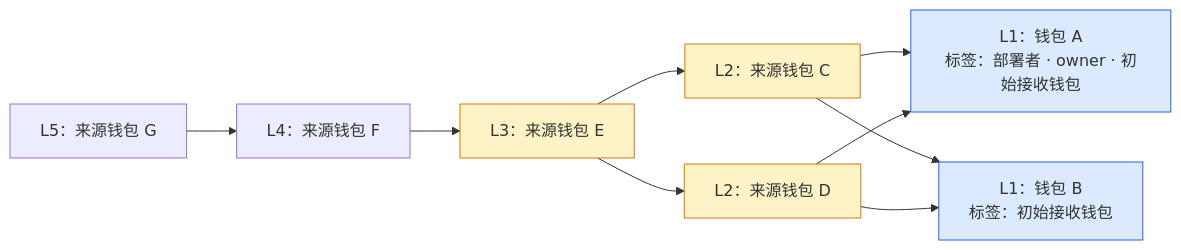
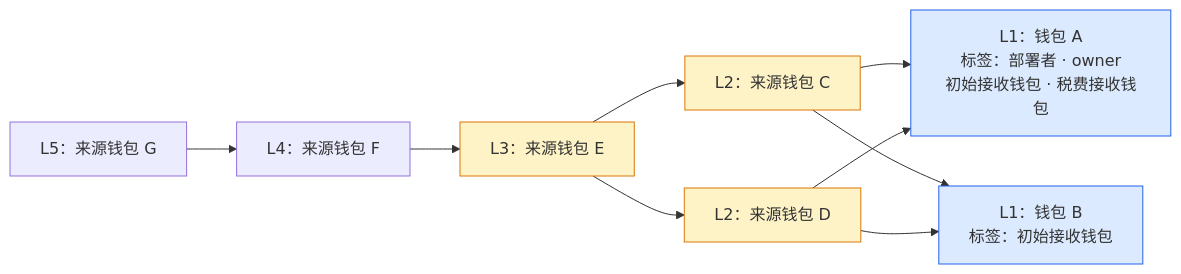
The diagram in docs/project/token-wallet-funding-graph.md (useryege/athena-o), drawn with Mermaid before and after one commit. The commit also changed other lines of this file and 9 other files, not shown here.

````diff
--- a/docs/project/token-wallet-funding-graph.md
+++ b/docs/project/token-wallet-funding-graph.md
@@ -13,16 +13,16 @@
 ```mermaid
 flowchart LR
     G["L5：来源钱包 G"] --> F["L4：来源钱包 F"]
     F --> E["L3：来源钱包 E"]
     E --> C["L2：来源钱包 C"]
     E --> D["L2：来源钱包 D"]
-    C --> A["L1：钱包 A<br/>标签：部署者 · owner · 初始接收钱包"]
+    C --> A["L1：钱包 A<br/>标签：部署者 · owner<br/>初始接收钱包 · 税费接收钱包"]
     C --> B["L1：钱包 B<br/>标签：初始接收钱包"]
     D --> B
     D --> A
 
     classDef direct fill:#dbeafe,stroke:#2563eb
     classDef shared fill:#fef3c7,stroke:#d97706
     class A,B direct
     class C,D,E shared
 ```
````
